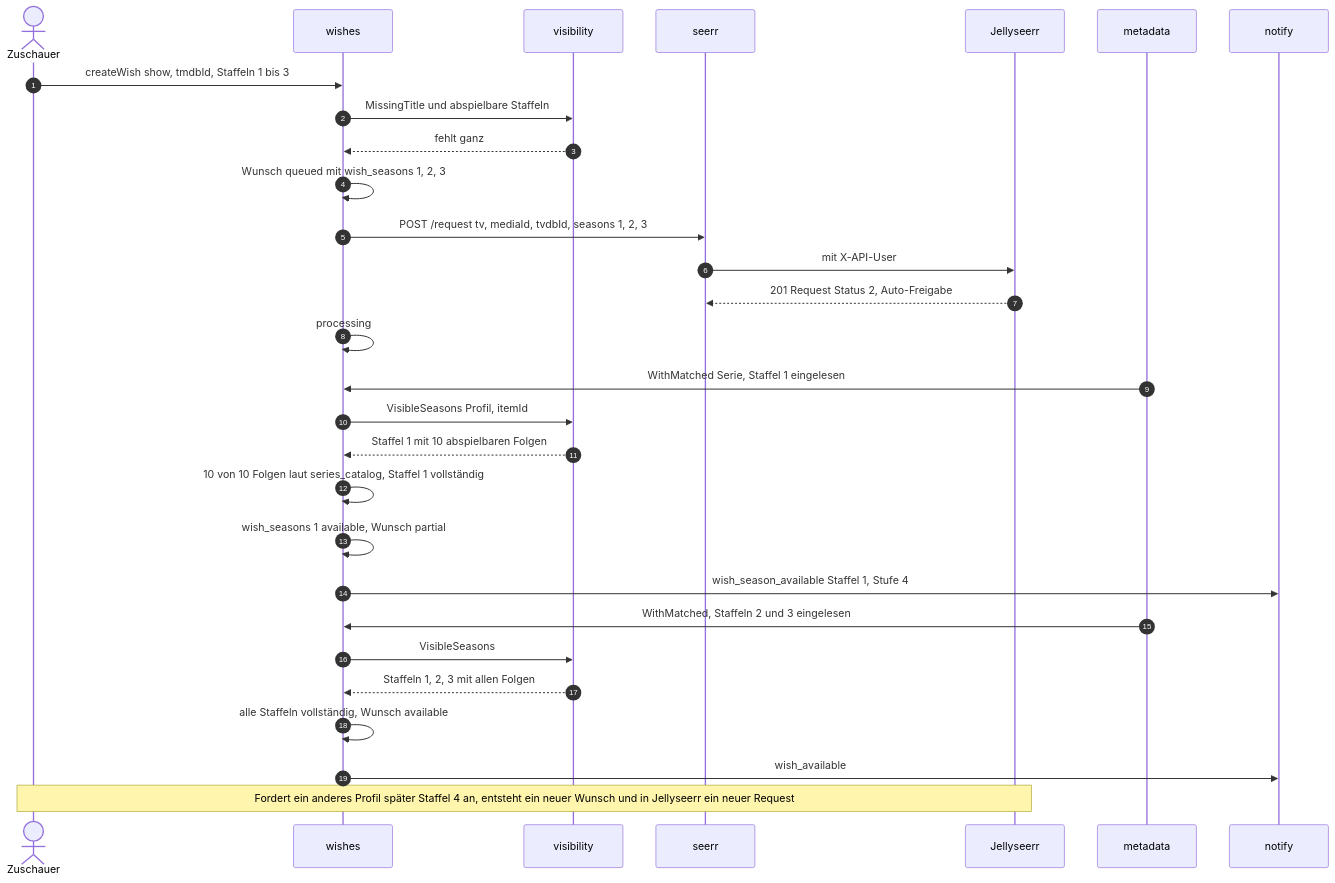
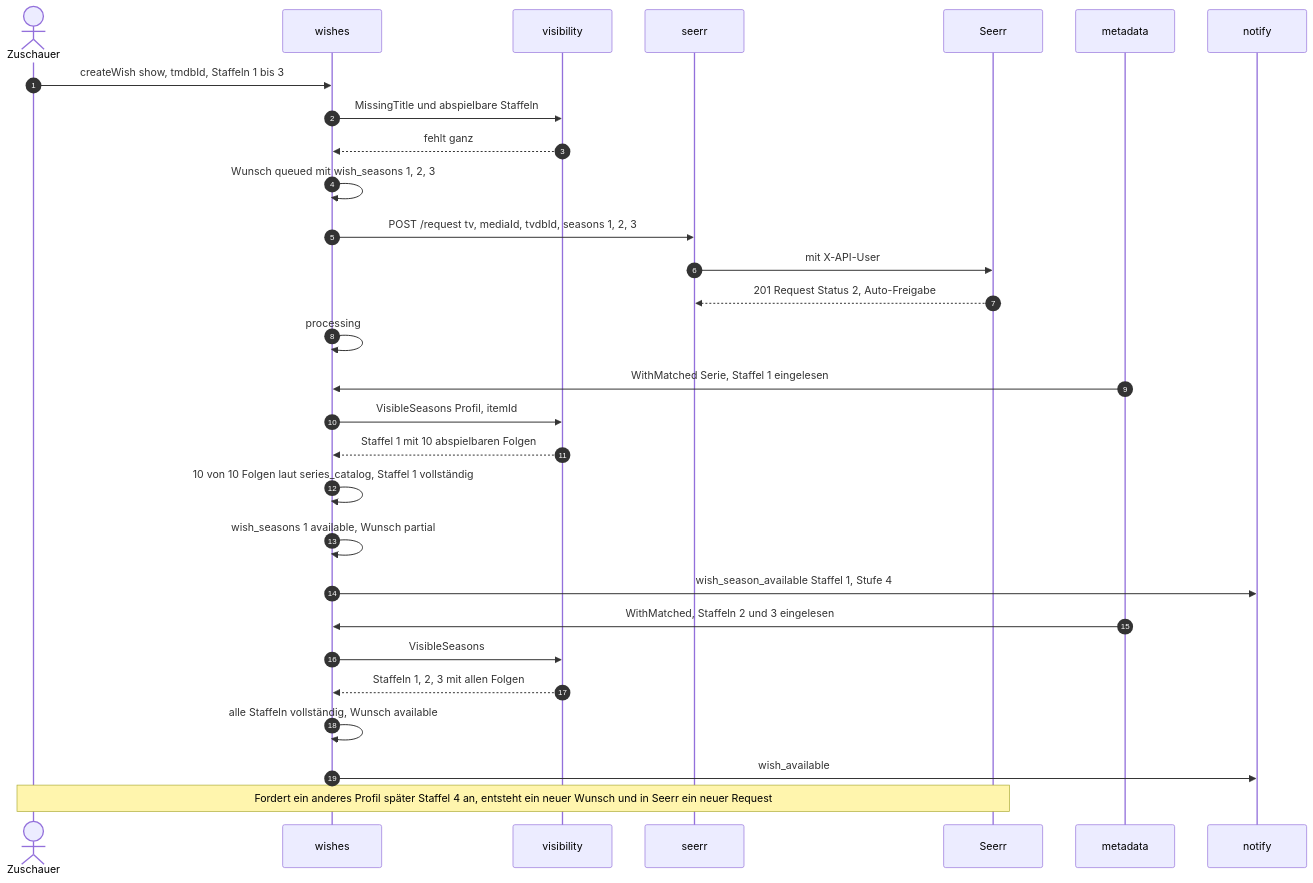
Before and after one commit to SlouchCat/slouchcat: the sixth of 12 diagrams in docs/planning/25-medienwuensche/03-architektur.md, drawn with Mermaid. The commit also changed other lines of this file and 30 other files, not shown here.

````diff
--- a/docs/planning/25-medienwuensche/03-architektur.md
+++ b/docs/planning/25-medienwuensche/03-architektur.md
@@ -851,32 +850,32 @@
 ```mermaid
 sequenceDiagram
   autonumber
   actor Z as Zuschauer
   participant W as wishes
   participant V as visibility
   participant S as seerr
-  participant J as Jellyseerr
+  participant J as Seerr
   participant M as metadata
   participant N as notify
 
   Z->>W: createWish show, tmdbId, Staffeln 1 bis 3
   W->>V: MissingTitle und abspielbare Staffeln
   V-->>W: fehlt ganz
   W->>W: Wunsch queued mit wish_seasons 1, 2, 3
   W->>S: POST /request tv, mediaId, tvdbId, seasons 1, 2, 3
   S->>J: mit X-API-User
   J-->>S: 201 Request Status 2, Auto-Freigabe
   W->>W: processing
   M->>W: WithMatched Serie, Staffel 1 eingelesen
   W->>V: VisibleSeasons Profil, itemId
   V-->>W: Staffel 1 mit 10 abspielbaren Folgen
   W->>W: 10 von 10 Folgen laut series_catalog, Staffel 1 vollständig
   W->>W: wish_seasons 1 available, Wunsch partial
   W->>N: wish_season_available Staffel 1, Stufe 4
   M->>W: WithMatched, Staffeln 2 und 3 eingelesen
   W->>V: VisibleSeasons
   V-->>W: Staffeln 1, 2, 3 mit allen Folgen
   W->>W: alle Staffeln vollständig, Wunsch available
   W->>N: wish_available
-  Note over Z,J: Fordert ein anderes Profil später Staffel 4 an, entsteht ein neuer Wunsch und in Jellyseerr ein neuer Request
+  Note over Z,J: Fordert ein anderes Profil später Staffel 4 an, entsteht ein neuer Wunsch und in Seerr ein neuer Request
 ```
````
